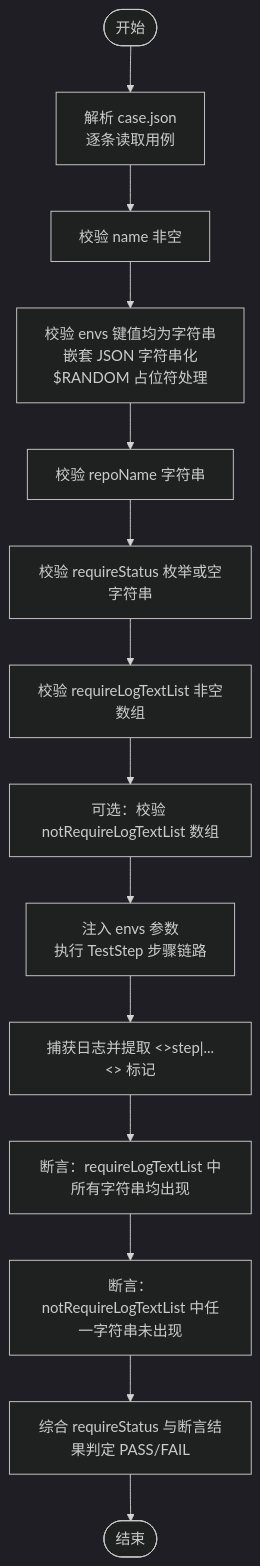
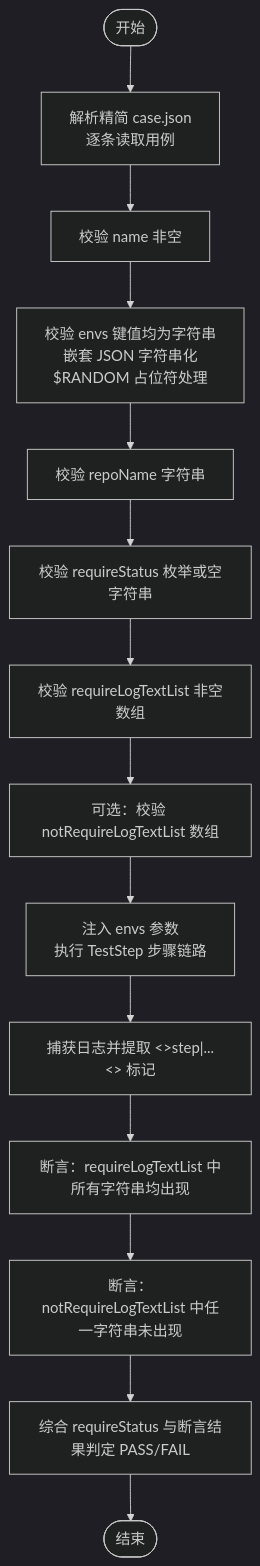
Before and after one commit to esa-sp/test-for-aone-ci: the fourth of 5 diagrams in .qoder/repowiki/zh/content/测试用例系统/测试用例定义.md, drawn with Mermaid (dark theme). The commit also changed other lines of this file and 31 other files, not shown here.

````diff
--- a/.qoder/repowiki/zh/content/测试用例系统/测试用例定义.md
+++ b/.qoder/repowiki/zh/content/测试用例系统/测试用例定义.md
@@ -189,16 +190,16 @@
 ```mermaid
 flowchart TD
-Start(["开始"]) --> Parse["解析 case.json<br/>逐条读取用例"]
+Start(["开始"]) --> Parse["解析精简 case.json<br/>逐条读取用例"]
 Parse --> ValidateName["校验 name 非空"]
 ValidateName --> ValidateEnvs["校验 envs 键值均为字符串<br/>嵌套 JSON 字符串化<br/>$RANDOM 占位符处理"]
 ValidateEnvs --> ValidateRepoName["校验 repoName 字符串"]
 ValidateRepoName --> ValidateStatus["校验 requireStatus 枚举或空字符串"]
 ValidateStatus --> ValidateRequire["校验 requireLogTextList 非空数组"]
 ValidateRequire --> ValidateNotRequire["可选：校验 notRequireLogTextList 数组"]
 ValidateNotRequire --> RunStep["注入 envs 参数<br/>执行 TestStep 步骤链路"]
 RunStep --> CaptureLog["捕获日志并提取 <<LOG>>step|...<</LOG>> 标记"]
 CaptureLog --> AssertAll["断言：requireLogTextList 中所有字符串均出现"]
 AssertAll --> AssertNone["断言：notRequireLogTextList 中任一字符串未出现"]
 AssertNone --> Judge["综合 requireStatus 与断言结果判定 PASS/FAIL"]
 Judge --> End(["结束"])
 ```
````
